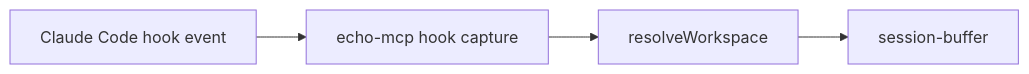
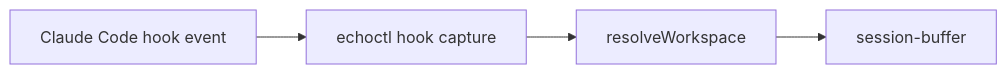
Before and after one commit to daxiguaguagua-hash/echo: the eighth of 9 diagrams in ENGINEERING_BOUNDARIES.md, drawn with Mermaid. The commit also changed other lines of this file and 27 other files, not shown here.

````diff
--- a/ENGINEERING_BOUNDARIES.md
+++ b/ENGINEERING_BOUNDARIES.md
@@ -316,6 +316,6 @@
 ```mermaid
 flowchart LR
-  A[Claude Code hook event] --> B[echo-mcp hook capture]
+  A[Claude Code hook event] --> B[echoctl hook capture]
   B --> C[resolveWorkspace]
   C --> D[session-buffer]
 ```
````
